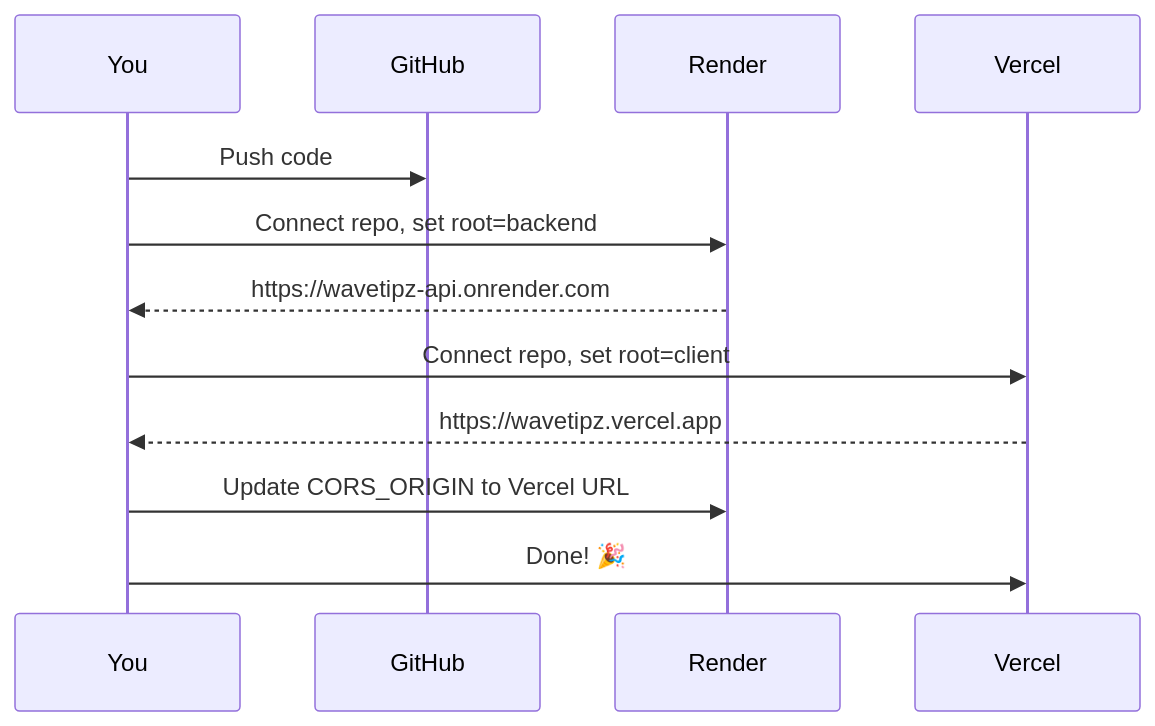
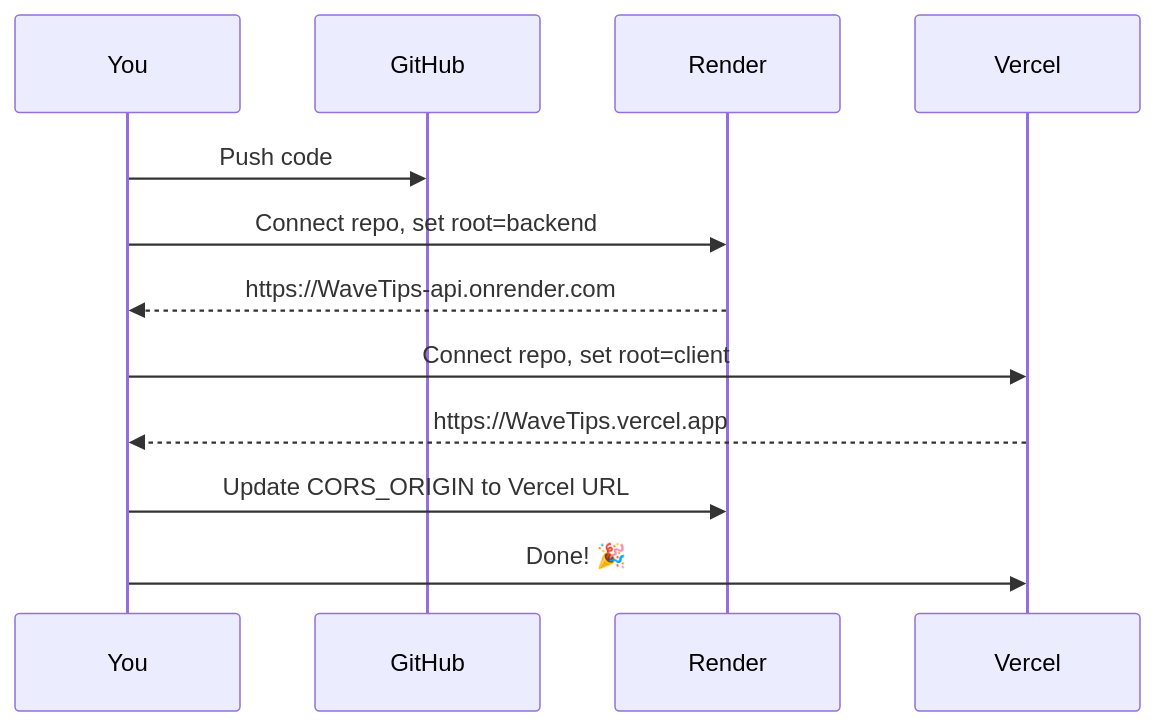
The second of 2 diagrams in README.md (tusharsb011-ctrl/streamtipz), drawn with Mermaid before and after one commit. The commit also changed other lines of this file and 25 other files, not shown here.

Commit message:
Rename WaveTipz to WaveTips & add technical reference tables

````diff
--- a/README.md
+++ b/README.md
@@ -359,15 +359,15 @@
 ```mermaid
 sequenceDiagram
     participant You
     participant GitHub
     participant Render
     participant Vercel
     
     You->>GitHub: Push code
     You->>Render: Connect repo, set root=backend
-    Render-->>You: https://wavetipz-api.onrender.com
+    Render-->>You: https://WaveTips-api.onrender.com
     You->>Vercel: Connect repo, set root=client
-    Vercel-->>You: https://wavetipz.vercel.app
+    Vercel-->>You: https://WaveTips.vercel.app
     You->>Render: Update CORS_ORIGIN to Vercel URL
     You->>Vercel: Done! 🎉
 ```
````
